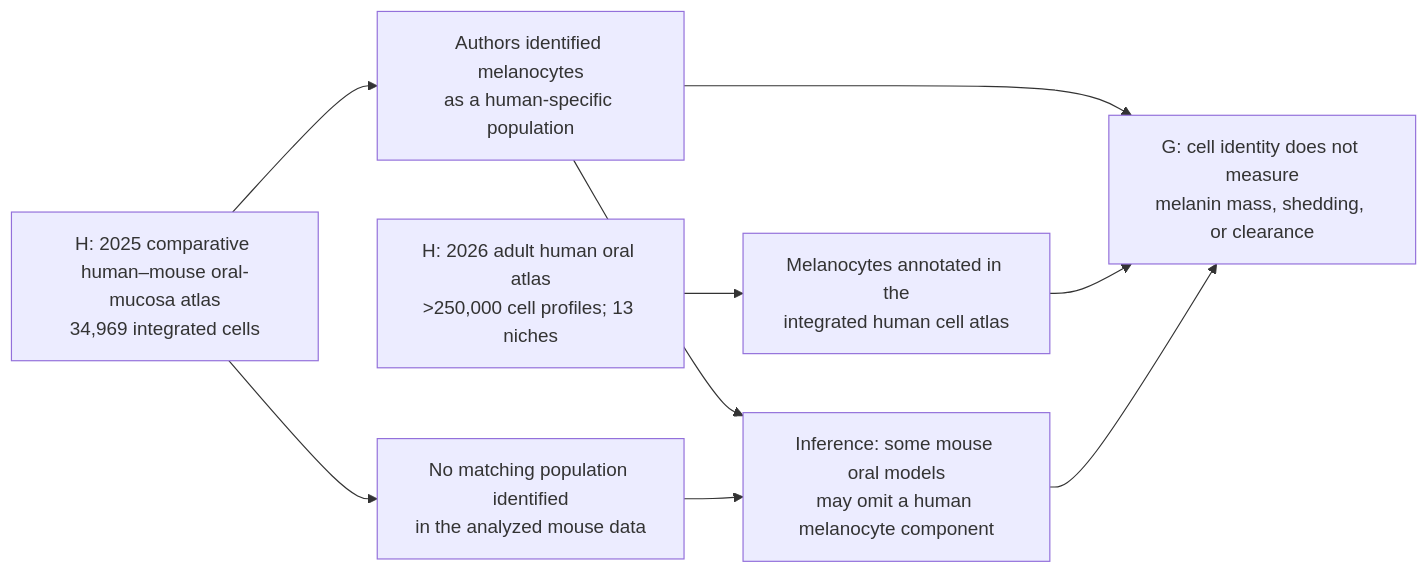
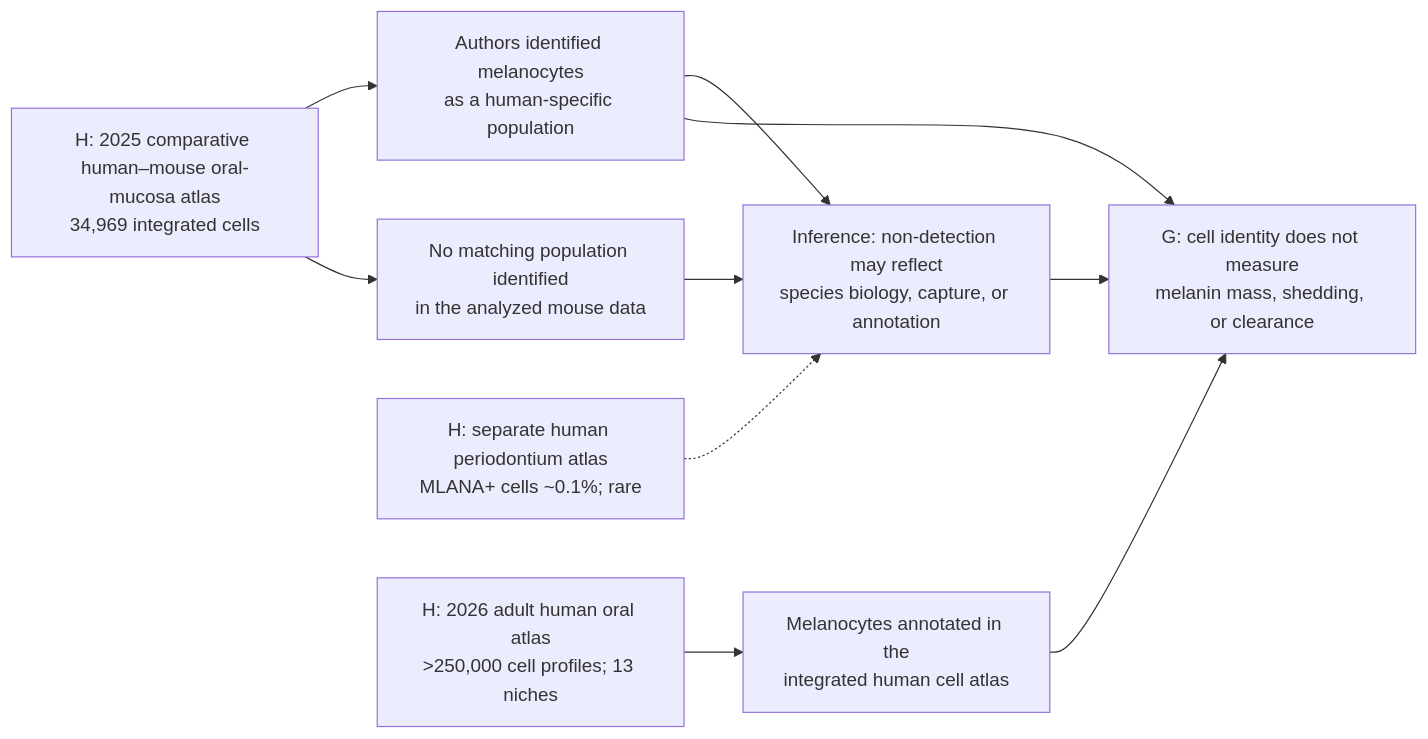
Before and after one commit to dylanstechmann/iris-color-without-contacts: diagram 15 of 51 in research/tissue-pigment-atlas.md, drawn with Mermaid. The commit also changed other lines of this file, not shown here.

Commit message:
Qualify oral melanocyte atlas comparison

````diff
--- a/research/tissue-pigment-atlas.md
+++ b/research/tissue-pigment-atlas.md
@@ -454,11 +454,12 @@
 ```mermaid
 flowchart LR
     A["H: 2025 comparative human–mouse oral-mucosa atlas<br/>34,969 integrated cells"] --> H["Authors identified melanocytes<br/>as a human-specific population"]
     A --> M["No matching population identified<br/>in the analyzed mouse data"]
+    R["H: separate human periodontium atlas<br/>MLANA+ cells ~0.1%; rare"] -.-> I
     U["H: 2026 adult human oral atlas<br/>>250,000 cell profiles; 13 niches"] --> U1["Melanocytes annotated in the<br/>integrated human cell atlas"]
-    H --> I["Inference: some mouse oral models<br/>may omit a human melanocyte component"]
+    H --> I["Inference: non-detection may reflect<br/>species biology, capture, or annotation"]
     M --> I
     H --> G["G: cell identity does not measure<br/>melanin mass, shedding, or clearance"]
     U1 --> G
     I --> G
 ```
````
